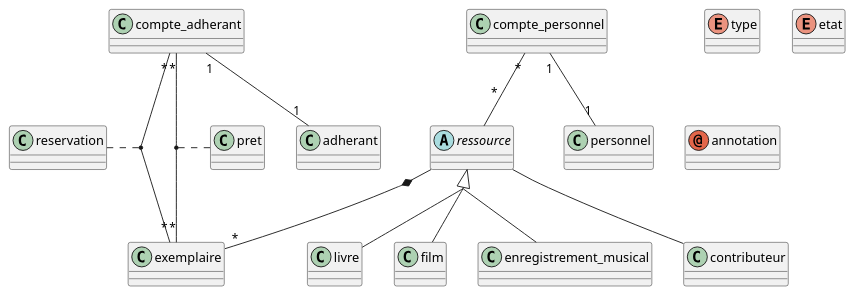
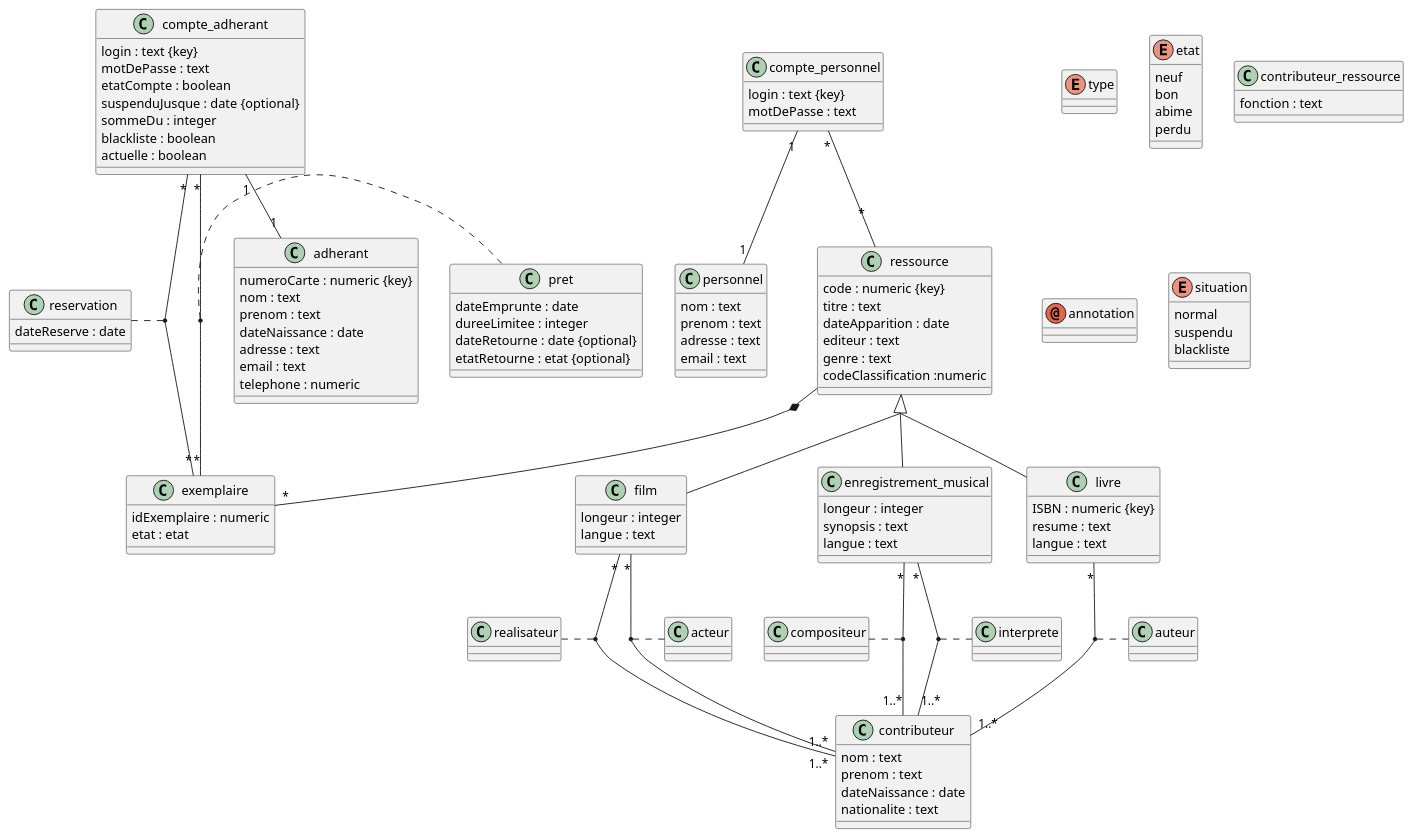
Before and after one commit to Ocean2356/Library-Management-System: the diagram in Rendu 1/MCDv1.plantuml, drawn with PlantUML.

Commit message:
Réconception des liasions Contributeur

```diff
--- a/Rendu 1/MCDv1.plantuml
+++ b/Rendu 1/MCDv1.plantuml
@@ -1,54 +1,172 @@
 @startuml MCD Biblio
 abstract class ressource
 class livre
 class film
 class enregistrement_musical
 enum type
 class exemplaire
 enum etat 
 class contributeur
+class contributeur_ressource
 
 class compte_personnel
 class personnel 
 class compte_adherant
 class adherant
 
 class pret 
 class reservation
 /'
 class ajout_ressource
 class modif_ressource
 class ajout_exemplaire
 class modif_exemplaire
 '/
 annotation annotation
 
 
 skinparam groupInheritance 2
 ressource <|-- livre
 ressource <|-- film
 ressource <|-- enregistrement_musical
-ressource -- contributeur
+
+
+
+livre "*" -- "1..*" contributeur
+(livre, contributeur) . auteur
+enregistrement_musical "*" -- "1..*" contributeur
+(enregistrement_musical, contributeur) . compositeur
+enregistrement_musical "*" -- "1..*" contributeur
+(enregistrement_musical, contributeur) . interprete
+film "*" -- "1..*" contributeur
+(film, contributeur) . realisateur
+film "*" -- "1..*" contributeur
+(film, contributeur) . acteur
+
+
+
+
 
 ressource *-- "*" exemplaire
 
 compte_personnel "1" -- "1" personnel
 compte_personnel "*" -- "*" ressource
 /'
 compte_personnel "*" -- "*" ressource
 (compte_personnel, ressource) . ajout_ressource
 compte_personnel "*" -- "*" ressource
 (compte_personnel, ressource) . modif_ressource
 compte_personnel "*" -- "*" exemplaire
 (compte_personnel, exemplaire) . ajout_exemplaire
 compte_personnel "*" -- "*" exemplaire
 (compte_personnel, exemplaire) . modif_exemplaire
 '/
 compte_adherant "1" -- "1" adherant
 compte_adherant "*" -- "*" exemplaire
 (compte_adherant, exemplaire) . reservation
 compte_adherant "*" -- "*" exemplaire
 (compte_adherant, exemplaire) . pret
 
+enum etat{
+    neuf 
+    bon
+    abime 
+    perdu
+}
+
+enum situation{
+    normal
+    suspendu
+    blackliste
+
+}
+
+class ressource{
+    'Numeric manque paramètre
+    code : numeric {key}
+    titre : text
+    dateApparition : date 
+    editeur : text
+    genre : text
+    codeClassification :numeric
+}
+
+class contributeur{
+    nom : text
+    prenom : text
+    dateNaissance : date
+    nationalite : text
+}
+
+class livre{
+    ISBN : numeric {key}
+    resume : text
+    langue : text
+}
+
+class film{
+    longeur : integer
+    langue : text
+}
+
+class enregistrement_musical{
+    longeur : integer
+    synopsis : text
+    langue : text
+}
+
+class exemplaire{
+    idExemplaire : numeric
+    etat : etat
+}
+
+class personnel{
+    nom : text
+    prenom : text
+    adresse : text
+    email : text
+}
+
+class compte_personnel{
+    login : text {key}
+    motDePasse : text
+}
+
+class contributeur_ressource{
+    fonction : text
+}
+
+class adherant{
+    numeroCarte : numeric {key}
+    nom : text
+    prenom : text
+    dateNaissance : date
+    adresse : text
+    email : text
+    telephone : numeric
+}
+
+'Un héritage pour compte_adhérant?
+
+class compte_adherant{
+    login : text {key}
+    motDePasse : text
+    etatCompte : boolean
+    suspenduJusque : date {optional}
+    sommeDu : integer
+    blackliste : boolean
+    actuelle : boolean
+}
+
+class pret{
+    dateEmprunte : date
+    dureeLimitee : integer
+    dateRetourne : date {optional}
+    etatRetourne : etat {optional}
+}
+
+class reservation{
+    dateReserve : date
+}
 
 @enduml
```
